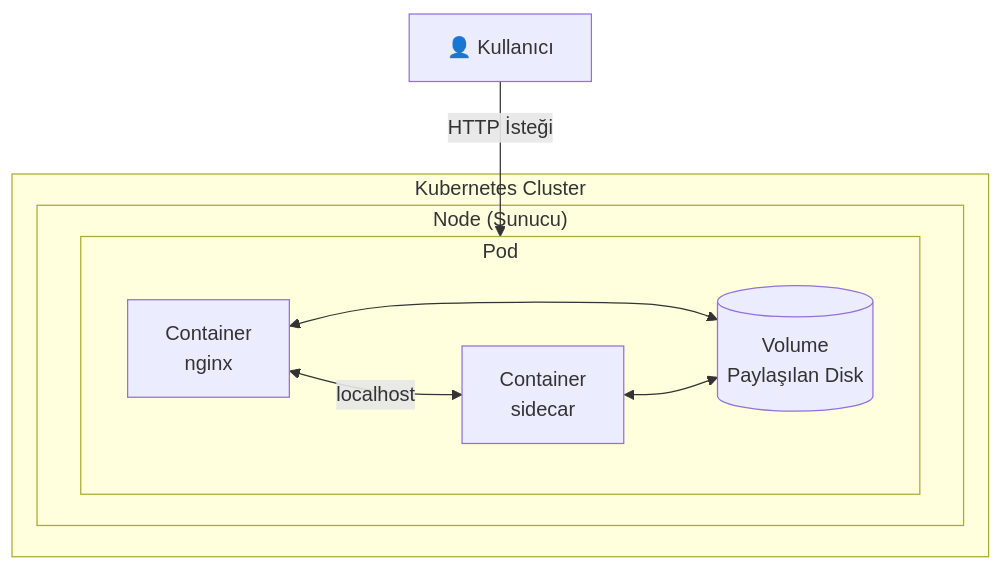
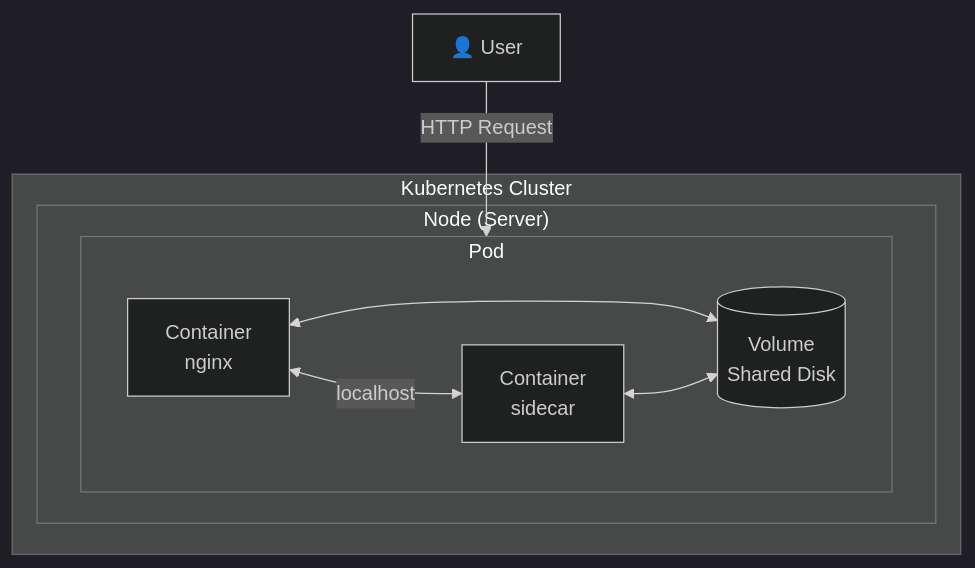
The first of 2 diagrams in labs/lab-01-pod-basics.md (uzunenes/CKAD), drawn with Mermaid before and after one commit. The commit also changed other lines of this file and 4 other files, not shown here.

````diff
--- a/labs/lab-01-pod-basics.md
+++ b/labs/lab-01-pod-basics.md
@@ -13,17 +13,18 @@
 ```mermaid
+%%{init: {'theme': 'dark'}}%%
 graph TB
     subgraph "Kubernetes Cluster"
-        subgraph "Node (Sunucu)"
+        subgraph "Node (Server)"
             subgraph "Pod"
                 C1[Container<br/>nginx]
                 C2[Container<br/>sidecar]
-                V1[(Volume<br/>Paylaşılan Disk)]
+                V1[(Volume<br/>Shared Disk)]
             end
         end
     end
     
-    USER[👤 Kullanıcı] -->|HTTP İsteği| Pod
+    USER[👤 User] -->|HTTP Request| Pod
     C1 <--> V1
     C2 <--> V1
     C1 <-->|localhost| C2
 ```
````
